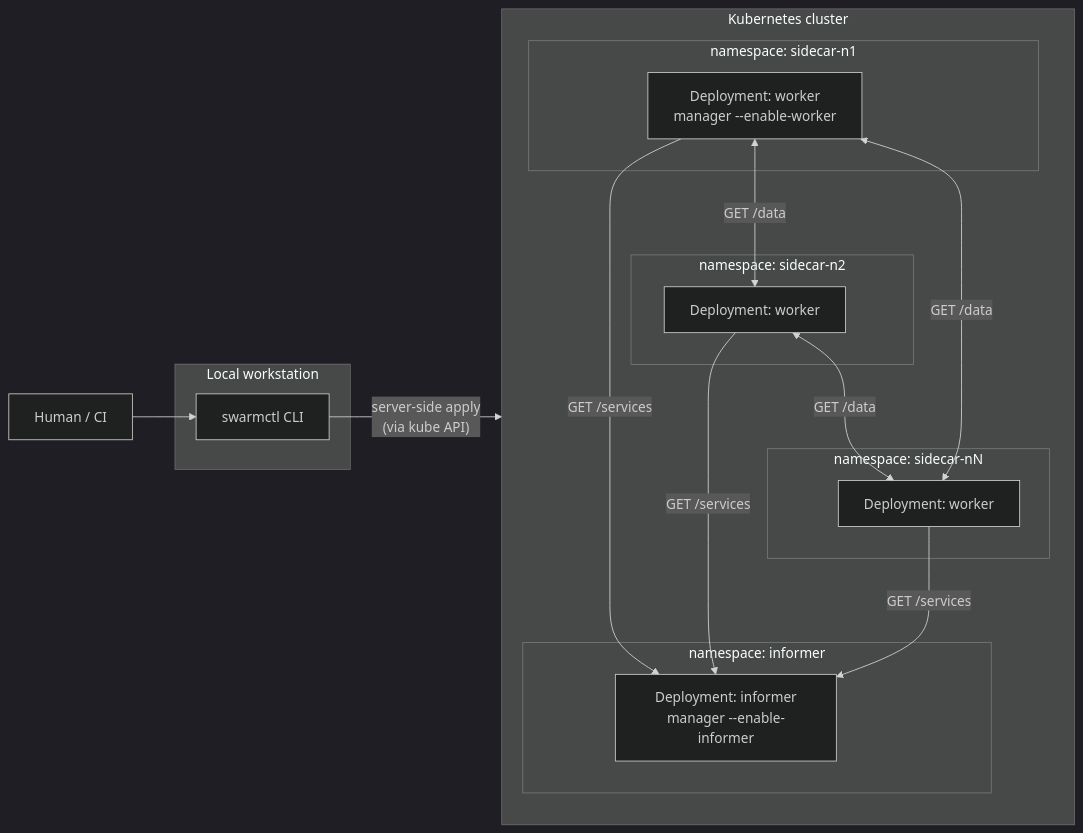
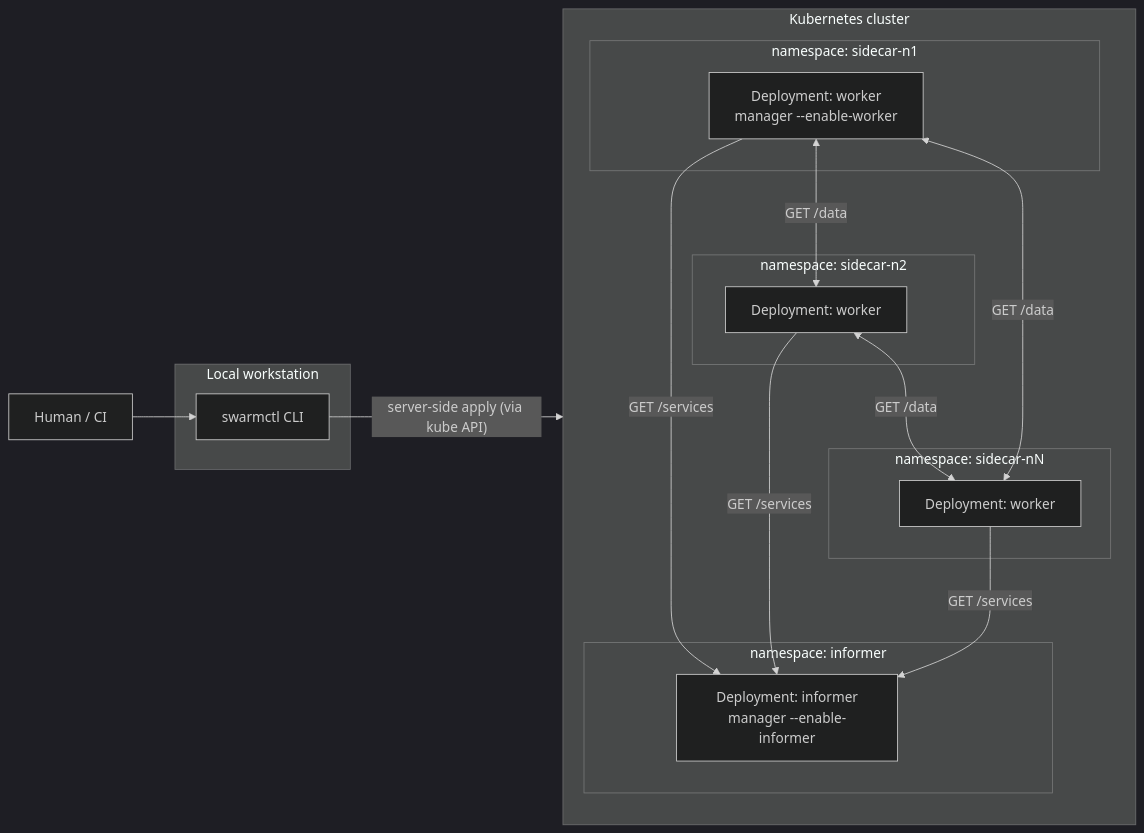
The first of 6 diagrams in docs/architecture.md (h0tbird/k-swarm), drawn with Mermaid (dark theme) before and after one commit. The commit also changed other lines of this file, not shown here.

Commit message:
Fix diagrams

````diff
--- a/docs/architecture.md
+++ b/docs/architecture.md
@@ -38,34 +38,34 @@
 ```mermaid
 flowchart LR
-    Operator[Human / CI]
+    Operator["Human / CI"]
     subgraph Local["Local workstation"]
-        SC[swarmctl CLI]
+        SC["swarmctl CLI"]
     end
 
     subgraph Cluster["Kubernetes cluster"]
         direction TB
         subgraph NSInformer["namespace: informer"]
-            Inf[Deployment: informer<br/>manager --enable-informer]
+            Inf["Deployment: informer<br/>manager --enable-informer"]
         end
         subgraph NSWorker1["namespace: sidecar-n1"]
-            W1[Deployment: worker<br/>manager --enable-worker]
+            W1["Deployment: worker<br/>manager --enable-worker"]
         end
         subgraph NSWorker2["namespace: sidecar-n2"]
-            W2[Deployment: worker]
+            W2["Deployment: worker"]
         end
         subgraph NSWorkerN["namespace: sidecar-nN"]
-            WN[Deployment: worker]
+            WN["Deployment: worker"]
         end
     end
 
     Operator --> SC
-    SC -- "server-side apply<br/>(via kube API)" --> Cluster
+    SC -- "server-side apply (via kube API)" --> Cluster
 
     W1 -- "GET /services" --> Inf
     W2 -- "GET /services" --> Inf
     WN -- "GET /services" --> Inf
 
     W1 <-- "GET /data" --> W2
     W2 <-- "GET /data" --> WN
     W1 <-- "GET /data" --> WN
 ```
````
